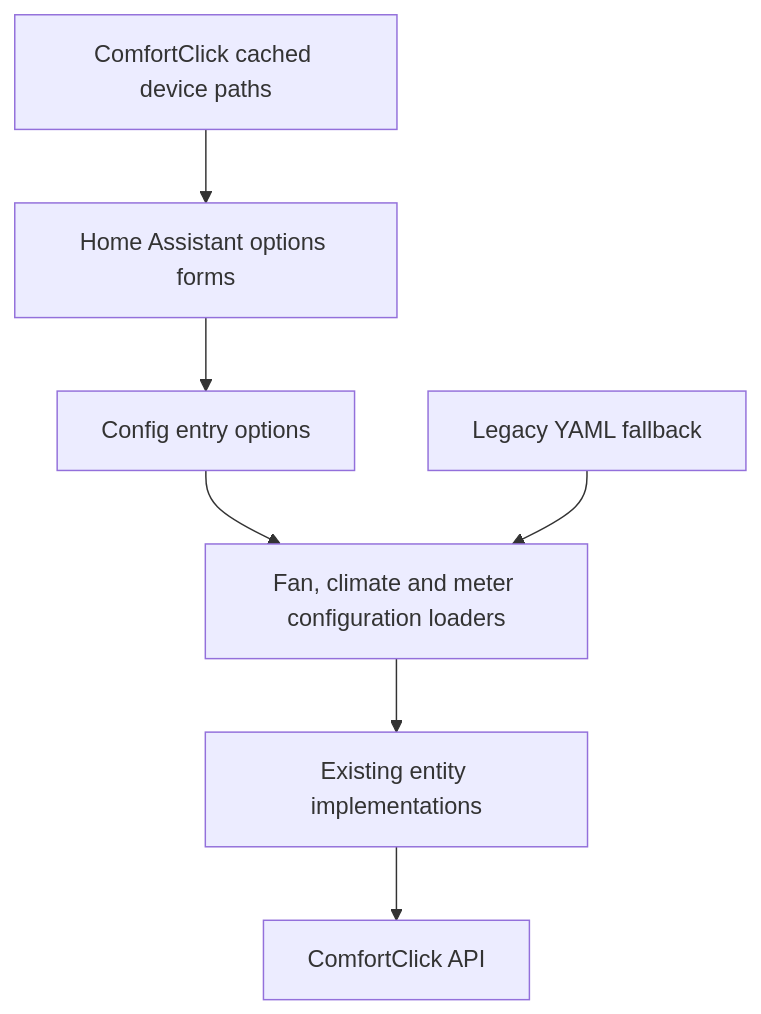
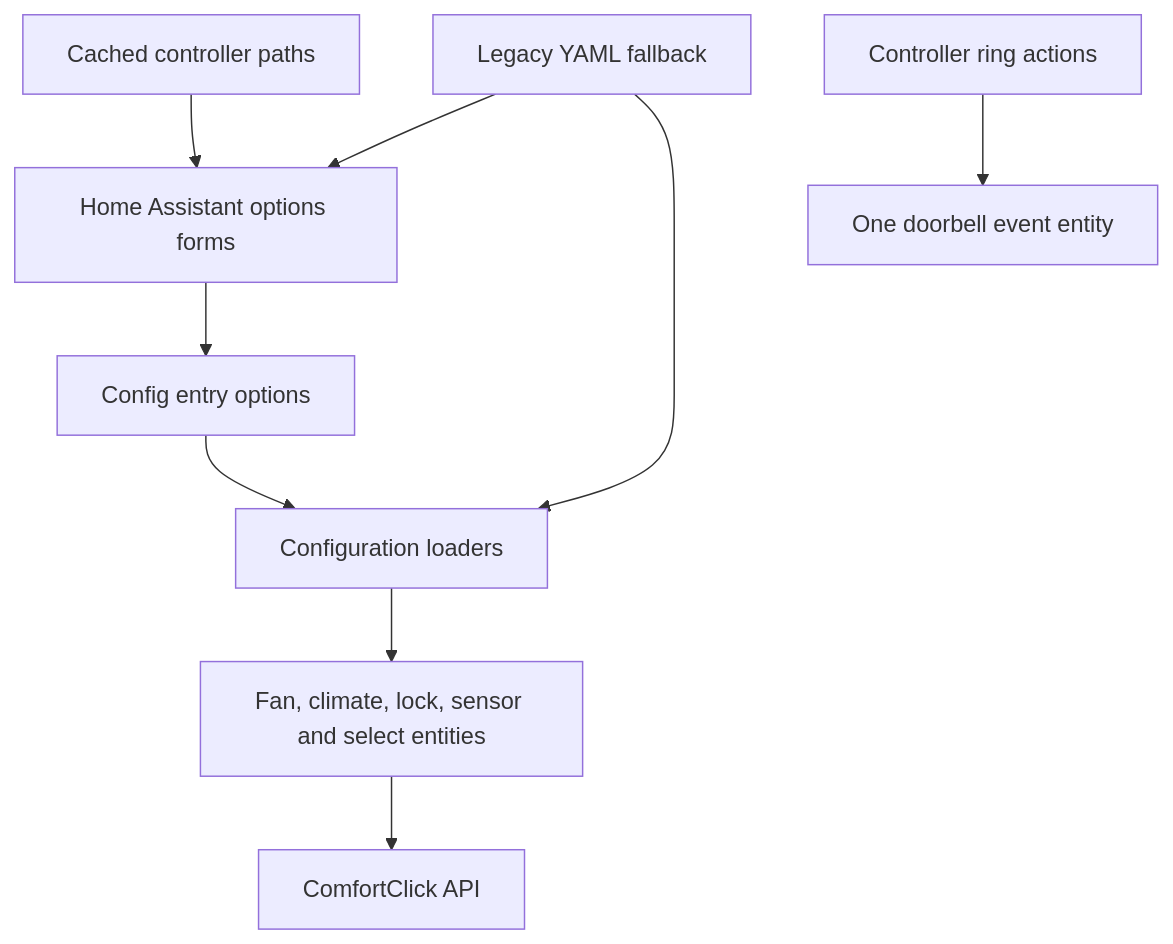
Before and after one commit to peeter-tomberg/comfortclick_custom: the diagram in docs/mapping-configuration.md, drawn with Mermaid. The commit also changed other lines of this file and 26 other files, not shown here.

````diff
--- a/docs/mapping-configuration.md
+++ b/docs/mapping-configuration.md
@@ -16,9 +50,11 @@
 ```mermaid
 flowchart TD
-    UI[Home Assistant options forms] --> Options[Config entry options]
-    Cache[ComfortClick cached device paths] --> UI
-    Options --> Loaders[Fan, climate and meter configuration loaders]
-    YAML[Legacy YAML fallback] --> Loaders
-    Loaders --> Entities[Existing entity implementations]
+    Cache[Cached controller paths] --> UI[Home Assistant options forms]
+    YAML[Legacy YAML fallback] --> UI
+    UI --> Options[Config entry options]
+    Options --> Loaders[Configuration loaders]
+    YAML --> Loaders
+    Loaders --> Entities[Fan, climate, lock, sensor and select entities]
     Entities --> API[ComfortClick API]
+    Events[Controller ring actions] --> Doorbell[One doorbell event entity]
 ```
````
